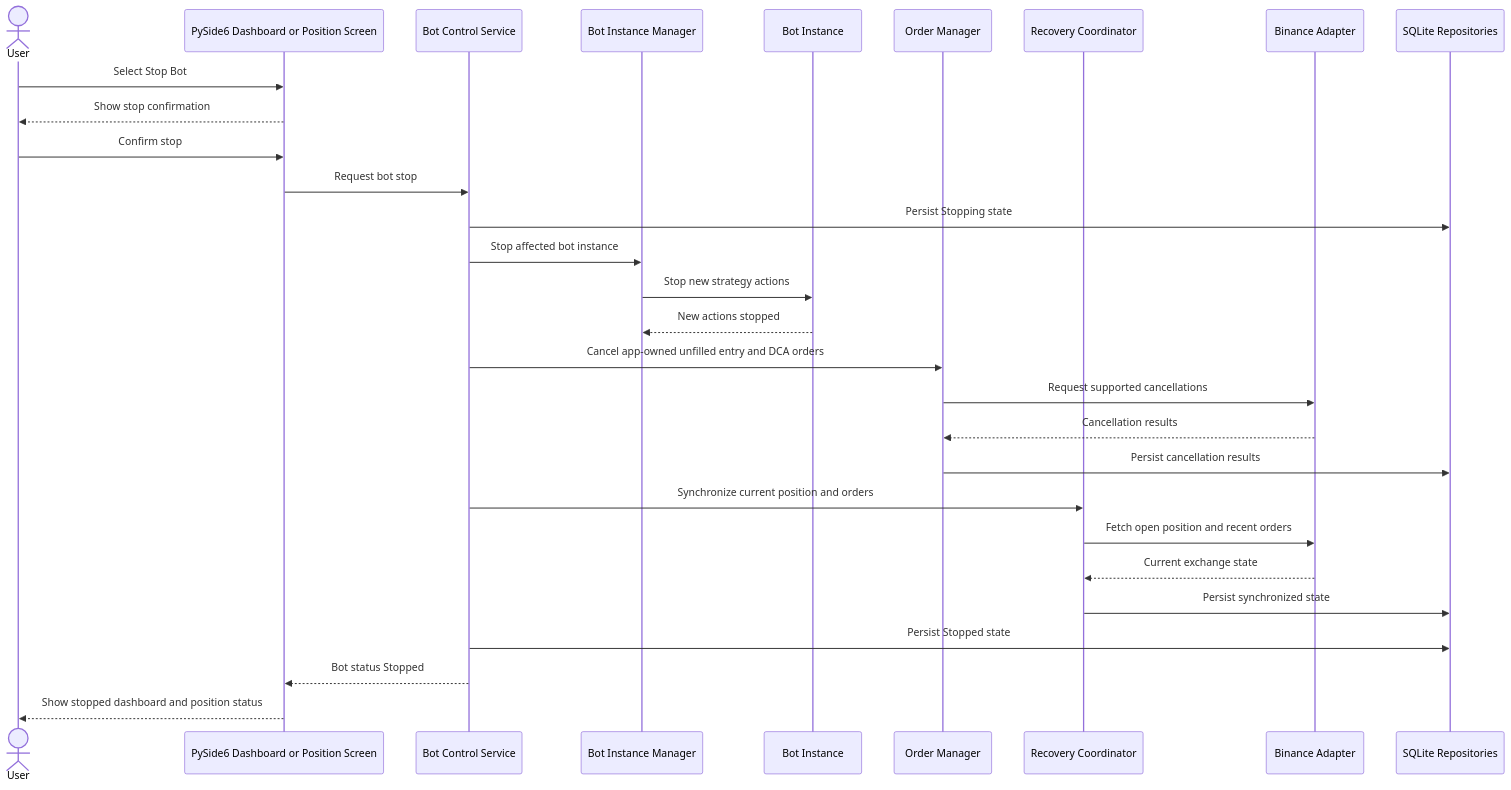
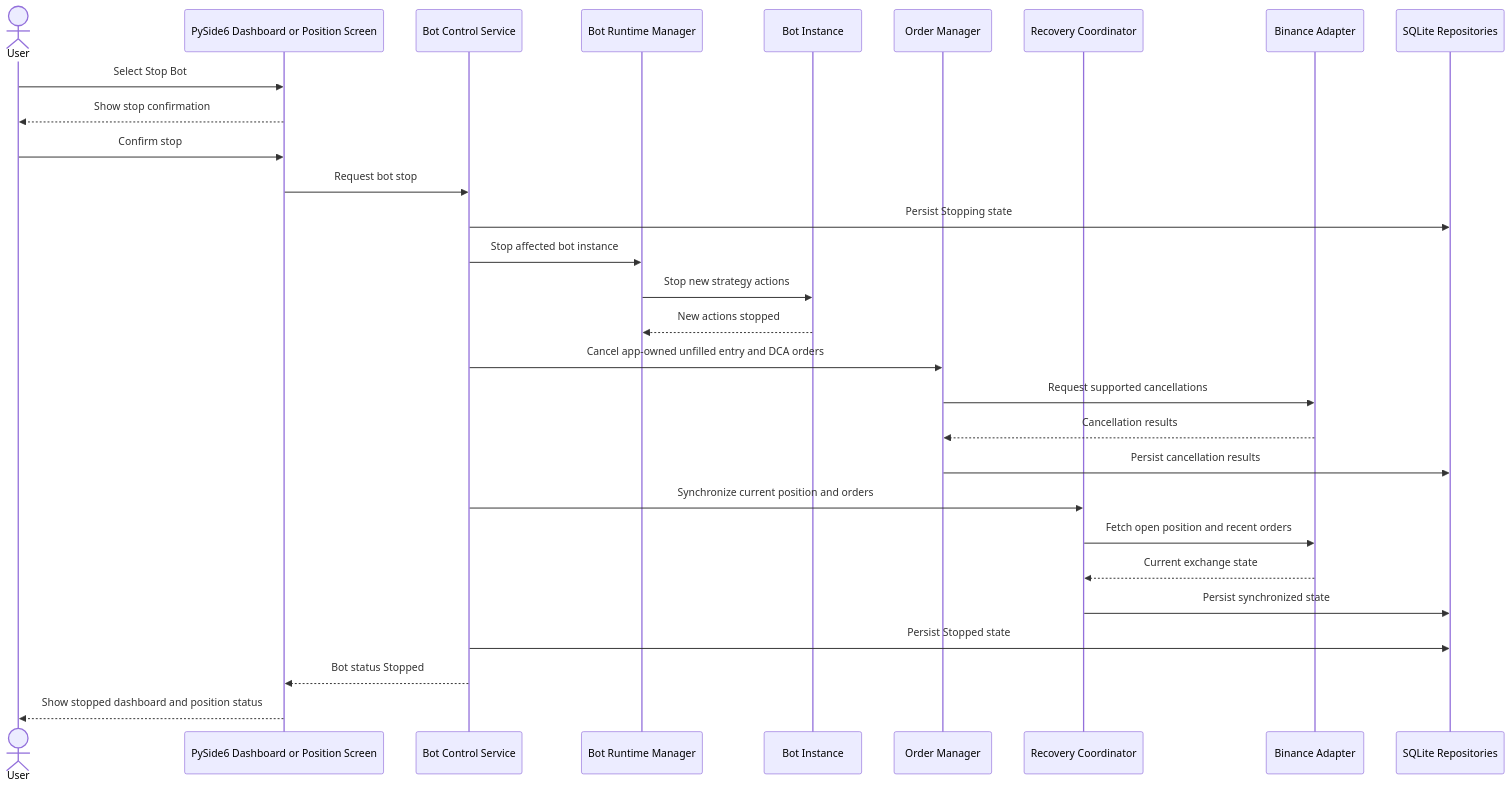
Before and after one commit to yukasung/tiewtrade: diagram 20 of 23 in docs/architecture.md, drawn with Mermaid. The commit also changed other lines of this file and 5 other files, not shown here.

Commit message:
Align architecture documentation decisions

````diff
--- a/docs/architecture.md
+++ b/docs/architecture.md
@@ -1559,32 +1893,32 @@
 ```mermaid
 sequenceDiagram
     actor User
     participant UI as PySide6 Dashboard or Position Screen
     participant BotControl as Bot Control Service
-    participant BotManager as Bot Instance Manager
+    participant BotManager as Bot Runtime Manager
     participant Bot as Bot Instance
     participant Orders as Order Manager
     participant Recovery as Recovery Coordinator
     participant Exchange as Binance Adapter
     participant Store as SQLite Repositories
 
     User->>UI: Select Stop Bot
     UI-->>User: Show stop confirmation
     User->>UI: Confirm stop
     UI->>BotControl: Request bot stop
     BotControl->>Store: Persist Stopping state
     BotControl->>BotManager: Stop affected bot instance
     BotManager->>Bot: Stop new strategy actions
     Bot-->>BotManager: New actions stopped
     BotControl->>Orders: Cancel app-owned unfilled entry and DCA orders
     Orders->>Exchange: Request supported cancellations
     Exchange-->>Orders: Cancellation results
     Orders->>Store: Persist cancellation results
     BotControl->>Recovery: Synchronize current position and orders
     Recovery->>Exchange: Fetch open position and recent orders
     Exchange-->>Recovery: Current exchange state
     Recovery->>Store: Persist synchronized state
     BotControl->>Store: Persist Stopped state
     BotControl-->>UI: Bot status Stopped
     UI-->>User: Show stopped dashboard and position status
 ```
````
